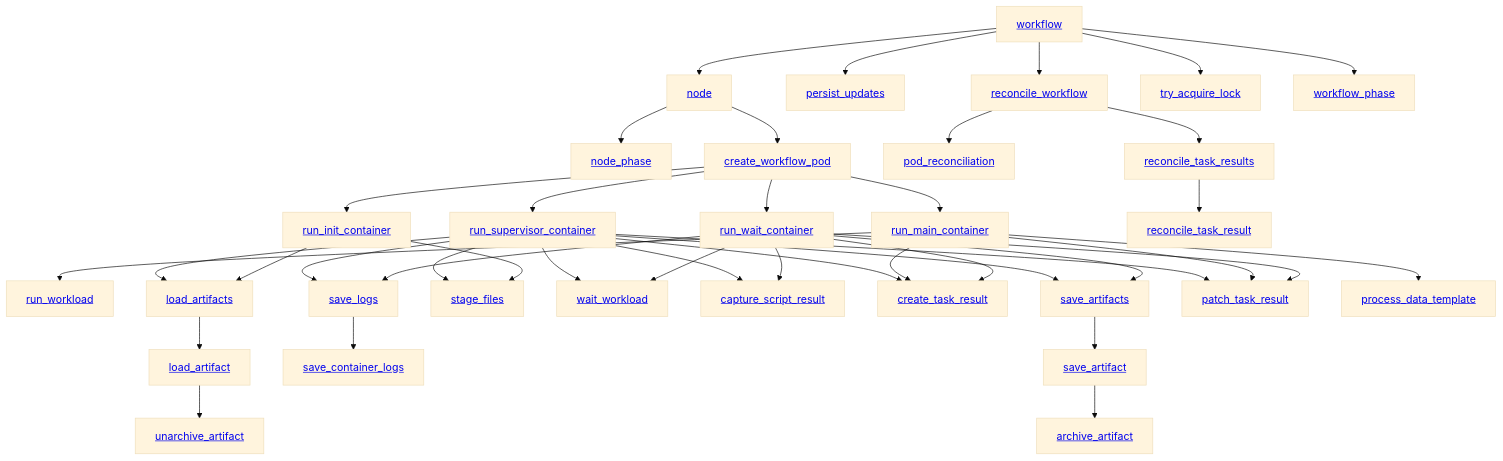
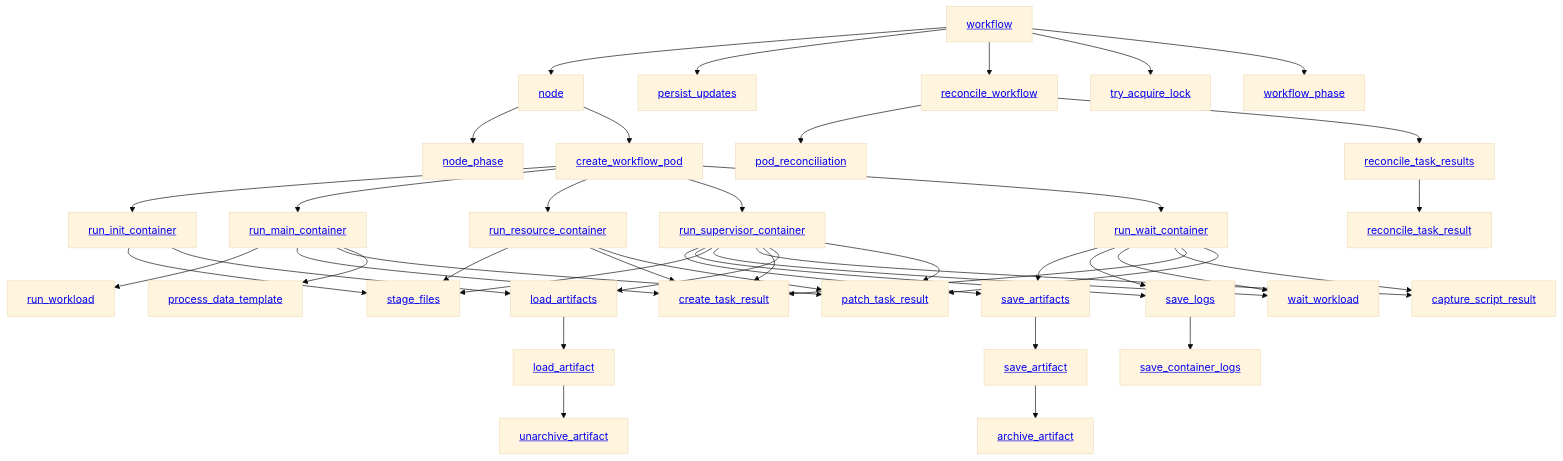
Before and after one commit to argoproj/argo-workflows: the fifth of 5 diagrams in docs/tracing.md, drawn with Mermaid (base theme). The commit also changed other lines of this file and 8 other files, not shown here.

````diff
--- a/docs/tracing.md
+++ b/docs/tracing.md
@@ -81,72 +81,77 @@
 ```mermaid
 flowchart TD
     Workflow[<a href='#workflow'>workflow</a>]
     Node[<a href='#node'>node</a>]
     NodePhase[<a href='#node_phase'>node_phase</a>]
     PersistUpdates[<a href='#persist_updates'>persist_updates</a>]
     ReconcileWorkflow[<a href='#reconcile_workflow'>reconcile_workflow</a>]
     TryAcquireLock[<a href='#try_acquire_lock'>try_acquire_lock</a>]
     WorkflowPhase[<a href='#workflow_phase'>workflow_phase</a>]
     CreateWorkflowPod[<a href='#create_workflow_pod'>create_workflow_pod</a>]
     PodReconciliation[<a href='#pod_reconciliation'>pod_reconciliation</a>]
     ReconcileTaskResults[<a href='#reconcile_task_results'>reconcile_task_results</a>]
     RunInitContainer[<a href='#run_init_container'>run_init_container</a>]
     RunMainContainer[<a href='#run_main_container'>run_main_container</a>]
+    RunResourceContainer[<a href='#run_resource_container'>run_resource_container</a>]
     RunSupervisorContainer[<a href='#run_supervisor_container'>run_supervisor_container</a>]
     RunWaitContainer[<a href='#run_wait_container'>run_wait_container</a>]
     RunWorkload[<a href='#run_workload'>run_workload</a>]
     SaveArtifacts[<a href='#save_artifacts'>save_artifacts</a>]
     SaveLogs[<a href='#save_logs'>save_logs</a>]
     StageFiles[<a href='#stage_files'>stage_files</a>]
     WaitWorkload[<a href='#wait_workload'>wait_workload</a>]
     CaptureScriptResult[<a href='#capture_script_result'>capture_script_result</a>]
     CreateTaskResult[<a href='#create_task_result'>create_task_result</a>]
     LoadArtifacts[<a href='#load_artifacts'>load_artifacts</a>]
     PatchTaskResult[<a href='#patch_task_result'>patch_task_result</a>]
     ProcessDataTemplate[<a href='#process_data_template'>process_data_template</a>]
     ReconcileTaskResult[<a href='#reconcile_task_result'>reconcile_task_result</a>]
     SaveArtifact[<a href='#save_artifact'>save_artifact</a>]
     SaveContainerLogs[<a href='#save_container_logs'>save_container_logs</a>]
     ArchiveArtifact[<a href='#archive_artifact'>archive_artifact</a>]
     LoadArtifact[<a href='#load_artifact'>load_artifact</a>]
     UnarchiveArtifact[<a href='#unarchive_artifact'>unarchive_artifact</a>]
     Workflow --> Node
     Node --> NodePhase
     Workflow --> PersistUpdates
     Workflow --> ReconcileWorkflow
     Workflow --> TryAcquireLock
     Workflow --> WorkflowPhase
     Node --> CreateWorkflowPod
     ReconcileWorkflow --> PodReconciliation
     ReconcileWorkflow --> ReconcileTaskResults
     CreateWorkflowPod --> RunInitContainer
     CreateWorkflowPod --> RunMainContainer
+    CreateWorkflowPod --> RunResourceContainer
     CreateWorkflowPod --> RunSupervisorContainer
     CreateWorkflowPod --> RunWaitContainer
     RunMainContainer --> RunWorkload
     RunWaitContainer --> SaveArtifacts
     RunSupervisorContainer --> SaveArtifacts
     RunWaitContainer --> SaveLogs
     RunSupervisorContainer --> SaveLogs
     RunInitContainer --> StageFiles
+    RunResourceContainer --> StageFiles
     RunSupervisorContainer --> StageFiles
     RunWaitContainer --> WaitWorkload
     RunSupervisorContainer --> WaitWorkload
     RunWaitContainer --> CaptureScriptResult
     RunSupervisorContainer --> CaptureScriptResult
     RunWaitContainer --> CreateTaskResult
     RunMainContainer --> CreateTaskResult
+    RunResourceContainer --> CreateTaskResult
     RunSupervisorContainer --> CreateTaskResult
     RunInitContainer --> LoadArtifacts
     RunSupervisorContainer --> LoadArtifacts
     RunWaitContainer --> PatchTaskResult
     RunMainContainer --> PatchTaskResult
+    RunResourceContainer --> PatchTaskResult
     RunSupervisorContainer --> PatchTaskResult
     RunMainContainer --> ProcessDataTemplate
     ReconcileTaskResults --> ReconcileTaskResult
     SaveArtifacts --> SaveArtifact
     SaveLogs --> SaveContainerLogs
     SaveArtifact --> ArchiveArtifact
     LoadArtifacts --> LoadArtifact
     LoadArtifact --> UnarchiveArtifact
 ```
````
